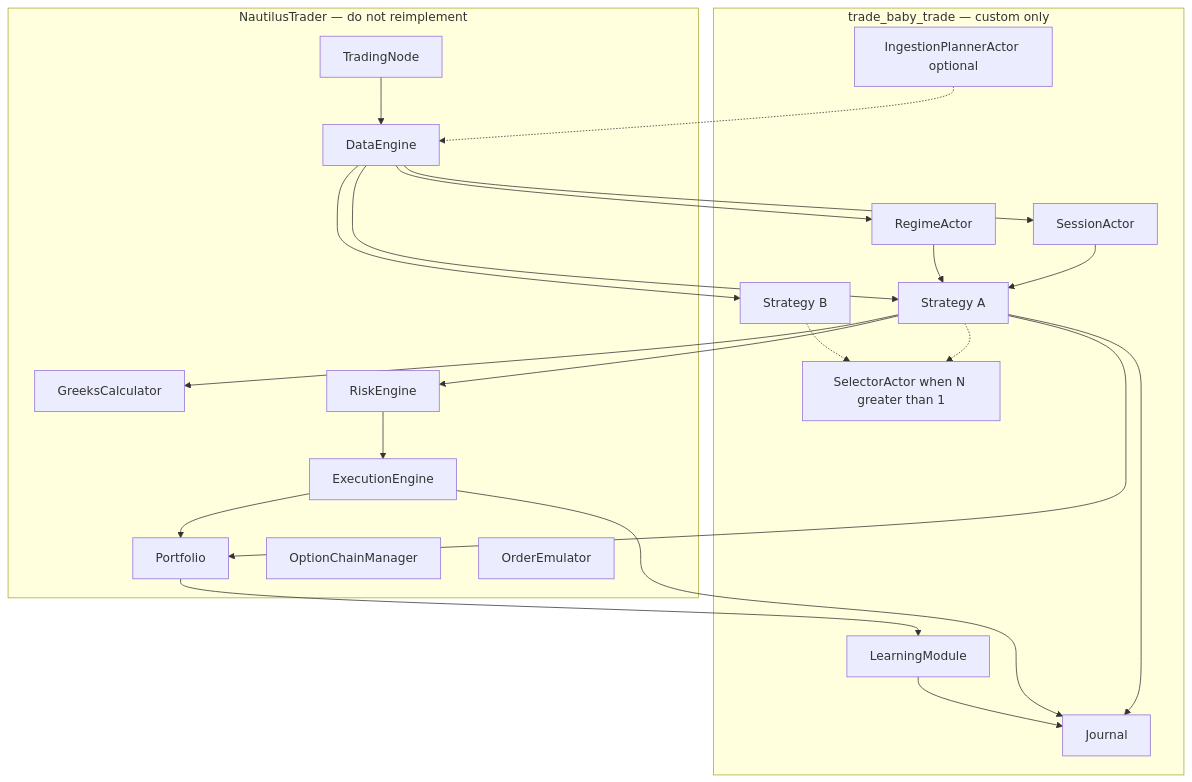
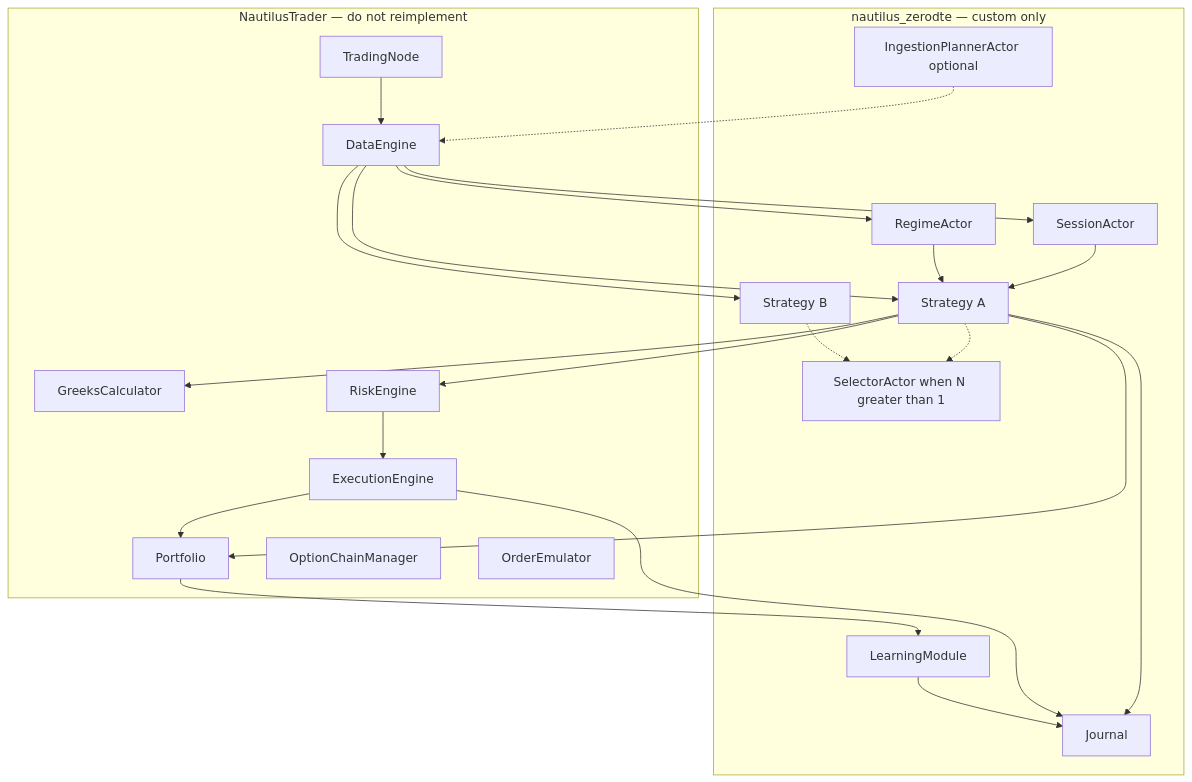
Before and after one commit to abhushansahu/nautilus-quant-scaffold: the first of 5 diagrams in .cursor/plans/0dte_design_gap_analysis_e26e3a0e.plan.md, drawn with Mermaid. The commit also changed 94 other files, not shown here.

First line of the commit message:
Rename project to nautilus-zerodte.

````diff
--- a/.cursor/plans/0dte_design_gap_analysis_e26e3a0e.plan.md
+++ b/.cursor/plans/0dte_design_gap_analysis_e26e3a0e.plan.md
@@ -97,44 +97,44 @@
 ```mermaid
 flowchart TB
   subgraph nt [NautilusTrader — do not reimplement]
     TN[TradingNode]
     DE[DataEngine]
     GC[GreeksCalculator]
     RE[RiskEngine]
     EE[ExecutionEngine]
     PF[Portfolio]
     OCM[OptionChainManager]
     OE[OrderEmulator]
   end
 
-  subgraph ext [trade_baby_trade — custom only]
+  subgraph ext [nautilus_zerodte — custom only]
     SA[SessionActor]
     RA[RegimeActor]
     IP[IngestionPlannerActor optional]
     S1[Strategy A]
     S2[Strategy B]
     SEL[SelectorActor when N greater than 1]
     LM[LearningModule]
     J[Journal]
   end
 
   TN --> DE
   DE --> SA
   DE --> RA
   DE --> S1
   DE --> S2
   SA --> S1
   RA --> S1
   IP -.-> DE
   S1 --> GC
   S1 --> RE
   RE --> EE
   EE --> PF
   S1 --> PF
   S1 -.-> SEL
   S2 -.-> SEL
   PF --> LM
   S1 --> J
   EE --> J
   LM --> J
 ```
````
